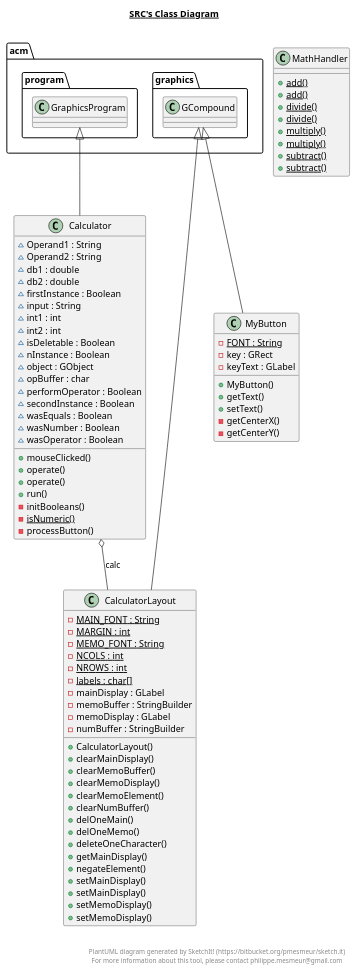
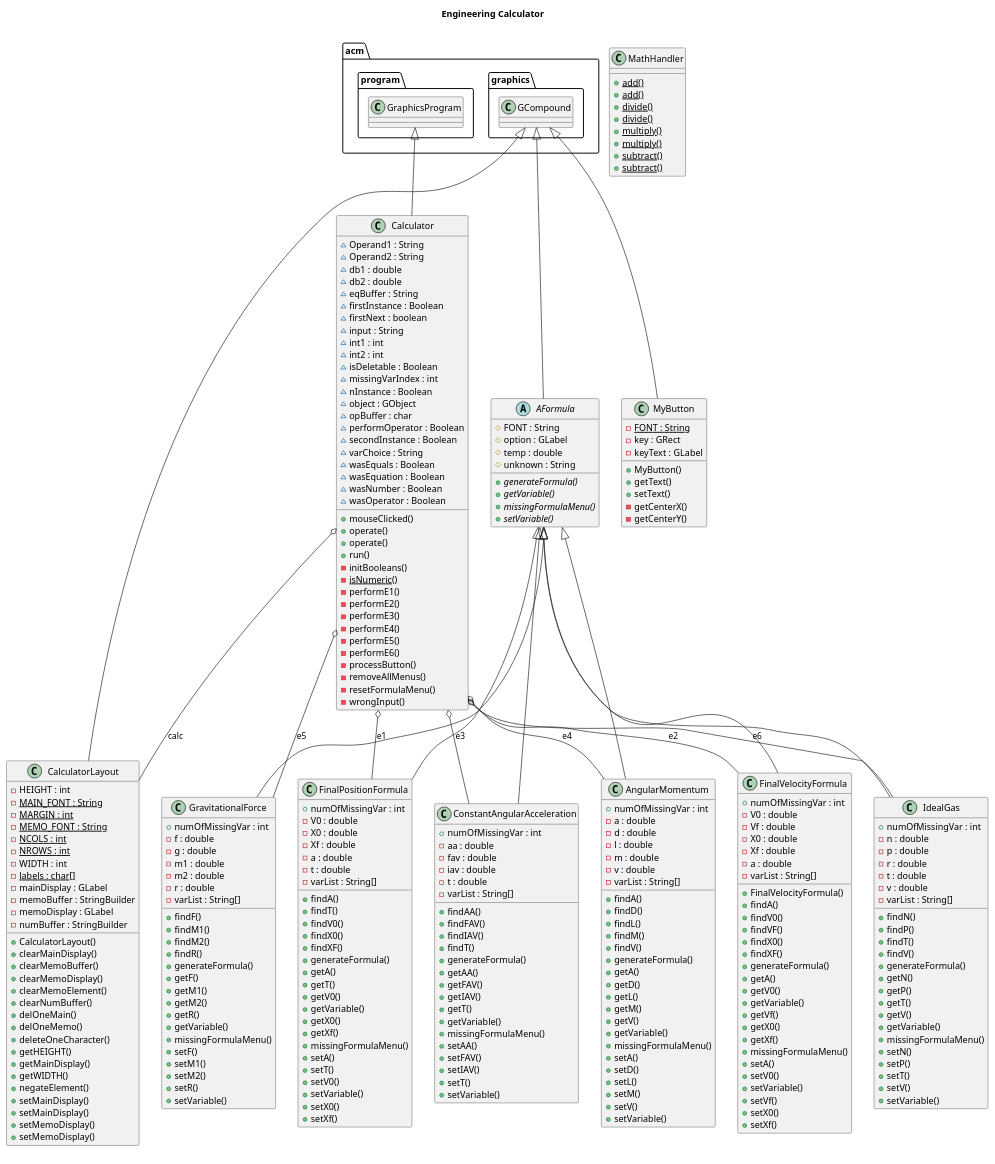
The diagram in src/src.plantuml (Jeyell26/CalculatorProject), drawn with PlantUML before and after one commit. The commit also changed 26 other files, not shown here.

Commit message:
preventing error when input for picking a var to solve is not one of the choices is done

```diff
--- a/src/src.plantuml
+++ b/src/src.plantuml
@@ -1,24 +1,72 @@
 @startuml
 
-title __SRC's Class Diagram__\n
+title Engineering Calculator\n
 
+    abstract class AFormula {
+        # FONT : String
+        # option : GLabel
+        # temp : double
+        # unknown : String
+        {abstract} + generateFormula()
+        {abstract} + getVariable()
+        {abstract} + missingFormulaMenu()
+        {abstract} + setVariable()
+    }
+
+  
+
+    class AngularMomentum {
+        + numOfMissingVar : int
+        - a : double
+        - d : double
+        - l : double
+        - m : double
+        - v : double
+        - varList : String[]
+        + findA()
+        + findD()
+        + findL()
+        + findM()
+        + findV()
+        + generateFormula()
+        + getA()
+        + getD()
+        + getL()
+        + getM()
+        + getV()
+        + getVariable()
+        + missingFormulaMenu()
+        + setA()
+        + setD()
+        + setL()
+        + setM()
+        + setV()
+        + setVariable()
+    }
+
+  
 
     class Calculator {
         ~ Operand1 : String
         ~ Operand2 : String
         ~ db1 : double
         ~ db2 : double
+        ~ eqBuffer : String
         ~ firstInstance : Boolean
+        ~ firstNext : boolean
         ~ input : String
         ~ int1 : int
         ~ int2 : int
         ~ isDeletable : Boolean
+        ~ missingVarIndex : int
         ~ nInstance : Boolean
         ~ object : GObject
         ~ opBuffer : char
         ~ performOperator : Boolean
         ~ secondInstance : Boolean
+        ~ varChoice : String
         ~ wasEquals : Boolean
+        ~ wasEquation : Boolean
         ~ wasNumber : Boolean
         ~ wasOperator : Boolean
         + mouseClicked()
@@ -27,18 +75,28 @@
         + run()
         - initBooleans()
         {static} - isNumeric()
+        - performE1()
+        - performE2()
+        - performE3()
+        - performE4()
+        - performE5()
+        - performE6()
         - processButton()
+        - removeAllMenus()
+        - resetFormulaMenu()
+        - wrongInput()
     }
 
   
 
-
     class CalculatorLayout {
+        - HEIGHT : int
         {static} - MAIN_FONT : String
         {static} - MARGIN : int
         {static} - MEMO_FONT : String
         {static} - NCOLS : int
         {static} - NROWS : int
+        - WIDTH : int
         {static} - labels : char[]
         - mainDisplay : GLabel
         - memoBuffer : StringBuilder
@@ -53,7 +111,9 @@
         + delOneMain()
         + delOneMemo()
         + deleteOneCharacter()
+        + getHEIGHT()
         + getMainDisplay()
+        + getWIDTH()
         + negateElement()
         + setMainDisplay()
         + setMainDisplay()
@@ -61,8 +121,149 @@
         + setMemoDisplay()
     }
 
+
+    class ConstantAngularAcceleration {
+        + numOfMissingVar : int
+        - aa : double
+        - fav : double
+        - iav : double
+        - t : double
+        - varList : String[]
+        + findAA()
+        + findFAV()
+        + findIAV()
+        + findT()
+        + generateFormula()
+        + getAA()
+        + getFAV()
+        + getIAV()
+        + getT()
+        + getVariable()
+        + missingFormulaMenu()
+        + setAA()
+        + setFAV()
+        + setIAV()
+        + setT()
+        + setVariable()
+    }
+
   
 
+    class FinalPositionFormula {
+        + numOfMissingVar : int
+        - V0 : double
+        - X0 : double
+        - Xf : double
+        - a : double
+        - t : double
+        - varList : String[]
+        + findA()
+        + findT()
+        + findV0()
+        + findX0()
+        + findXF()
+        + generateFormula()
+        + getA()
+        + getT()
+        + getV0()
+        + getVariable()
+        + getX0()
+        + getXf()
+        + missingFormulaMenu()
+        + setA()
+        + setT()
+        + setV0()
+        + setVariable()
+        + setX0()
+        + setXf()
+    }
+
+
+    class FinalVelocityFormula {
+        + numOfMissingVar : int
+        - V0 : double
+        - Vf : double
+        - X0 : double
+        - Xf : double
+        - a : double
+        - varList : String[]
+        + FinalVelocityFormula()
+        + findA()
+        + findV0()
+        + findVF()
+        + findX0()
+        + findXF()
+        + generateFormula()
+        + getA()
+        + getV0()
+        + getVariable()
+        + getVf()
+        + getX0()
+        + getXf()
+        + missingFormulaMenu()
+        + setA()
+        + setV0()
+        + setVariable()
+        + setVf()
+        + setX0()
+        + setXf()
+    }
+
+
+    class GravitationalForce {
+        + numOfMissingVar : int
+        - f : double
+        - g : double
+        - m1 : double
+        - m2 : double
+        - r : double
+        - varList : String[]
+        + findF()
+        + findM1()
+        + findM2()
+        + findR()
+        + generateFormula()
+        + getF()
+        + getM1()
+        + getM2()
+        + getR()
+        + getVariable()
+        + missingFormulaMenu()
+        + setF()
+        + setM1()
+        + setM2()
+        + setR()
+        + setVariable()
+    }
+
+
+    class IdealGas {
+        + numOfMissingVar : int
+        - n : double
+        - p : double
+        - r : double
+        - t : double
+        - v : double
+        - varList : String[]
+        + findN()
+        + findP()
+        + findT()
+        + findV()
+        + generateFormula()
+        + getN()
+        + getP()
+        + getT()
+        + getV()
+        + getVariable()
+        + missingFormulaMenu()
+        + setN()
+        + setP()
+        + setT()
+        + setV()
+        + setVariable()
+    }
+
+  
 
     class MathHandler {
         {static} + add()
@@ -77,7 +278,6 @@
 
   
 
-
     class MyButton {
         {static} - FONT : String
         - key : GRect
@@ -91,17 +291,27 @@
 
   
 
+  AFormula -up-|> acm.graphics.GCompound
+  AngularMomentum -up-|> AFormula
   Calculator -up-|> acm.program.GraphicsProgram
   Calculator o-- CalculatorLayout : calc
+  Calculator o-- FinalPositionFormula : e1
+  Calculator o-- FinalVelocityFormula : e2
+  Calculator o-- ConstantAngularAcceleration : e3
+  Calculator o-- AngularMomentum : e4
+  Calculator o-- GravitationalForce : e5
+  Calculator o-- IdealGas : e6
   CalculatorLayout -up-|> acm.graphics.GCompound
+  ConstantAngularAcceleration -up-|> AFormula
+  FinalPositionFormula -up-|> AFormula
+  FinalVelocityFormula -up-|> AFormula
+  GravitationalForce -up-|> AFormula
+  IdealGas -up-|> AFormula
   MyButton -up-|> acm.graphics.GCompound
 
 
 right footer
 
-
-PlantUML diagram generated by SketchIt! (https://bitbucket.org/pmesmeur/sketch.it)
-For more information about this tool, please contact philippe.mesmeur@gmail.com
 endfooter
 
 @enduml
```
